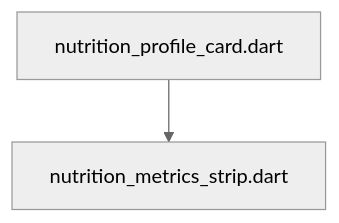
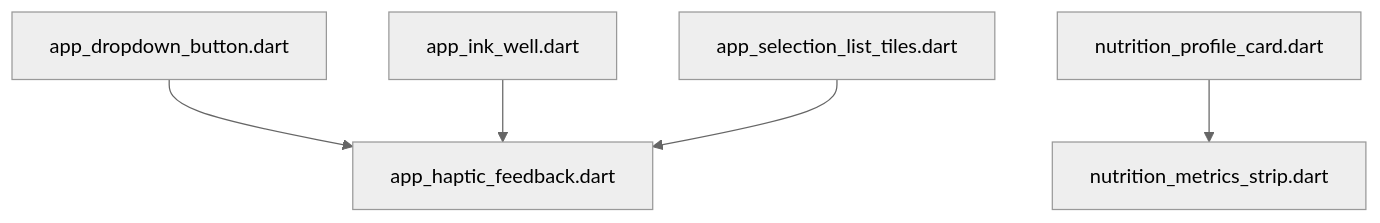
Before and after one commit to repinw/yamt: the diagram in lib/core/widgets/DEPS.md, drawn with Mermaid (neutral theme). The commit also changed 25 other files, not shown here.

````diff
--- a/lib/core/widgets/DEPS.md
+++ b/lib/core/widgets/DEPS.md
@@ -6,4 +6,7 @@
 ```mermaid
 flowchart TD;
+app_dropdown_button.dart-->app_haptic_feedback.dart;
+app_ink_well.dart-->app_haptic_feedback.dart;
+app_selection_list_tiles.dart-->app_haptic_feedback.dart;
 nutrition_profile_card.dart-->nutrition_metrics_strip.dart;
 ```
````
